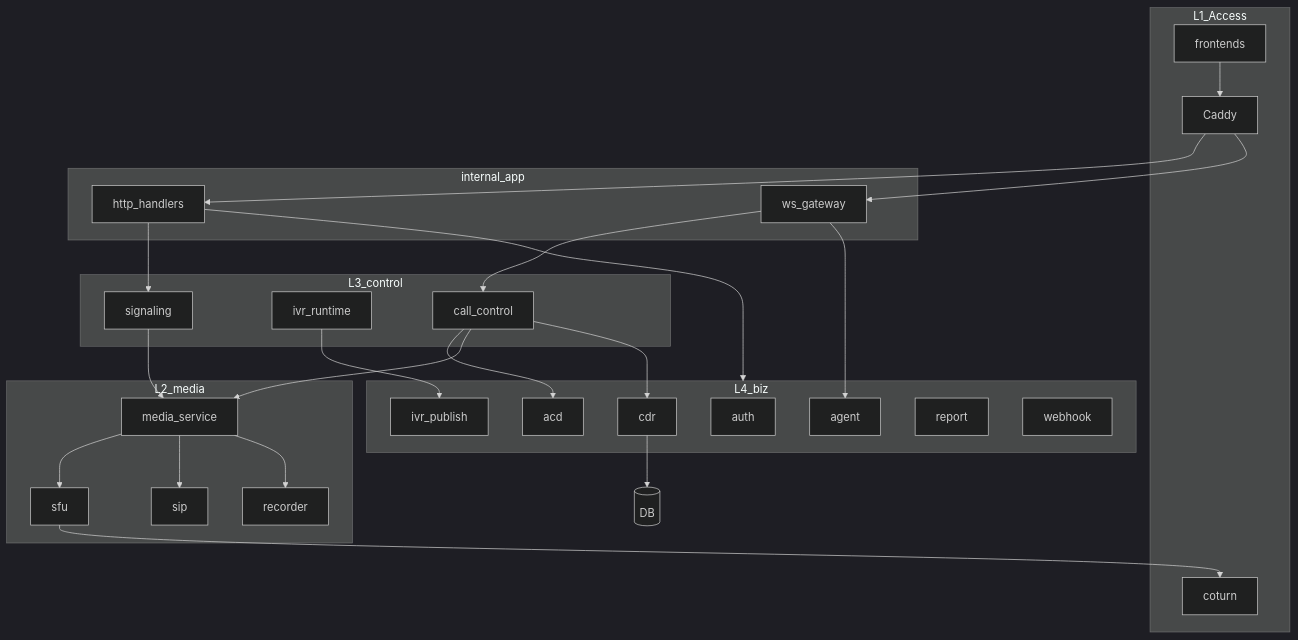
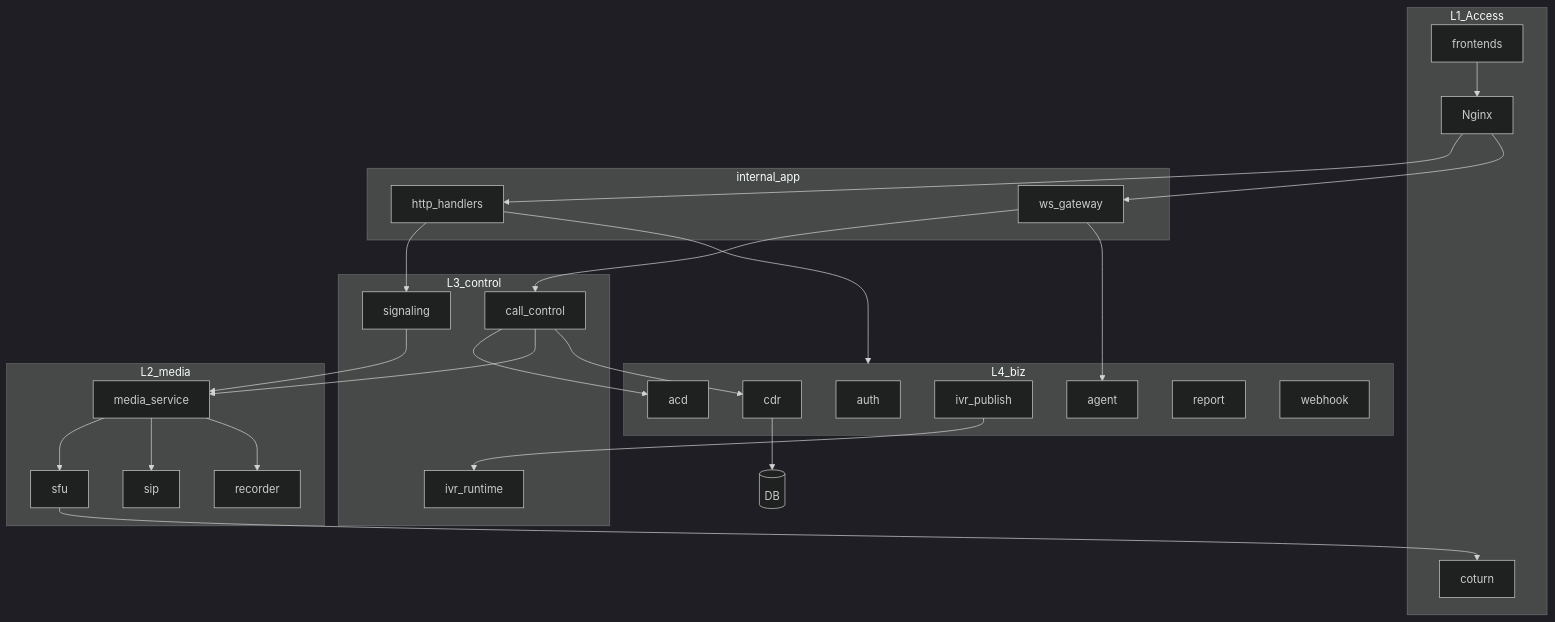
The third of 4 diagrams in docs/architecture.md (fangzixia/open-voip), drawn with Mermaid (dark theme) before and after one commit. The commit also changed other lines of this file and 134 other files, not shown here.

````diff
--- a/docs/architecture.md
+++ b/docs/architecture.md
@@ -139,55 +143,55 @@
 ```mermaid
 flowchart TB
   subgraph L1 [L1_Access]
-    Caddy[Caddy]
+    Nginx[Nginx]
     Fe[frontends]
     Turn[coturn]
   end
 
   subgraph App [internal_app]
     HTTP[http_handlers]
     WS[ws_gateway]
   end
 
   subgraph L4 [L4_biz]
     Auth[auth]
     AgentBiz[agent]
     QueueACD[acd]
     IVRPub[ivr_publish]
     CDRBiz[cdr]
     Report[report]
     Webhook[webhook]
   end
 
   subgraph L3 [L3_control]
     CallCtl[call_control]
     IVRRt[ivr_runtime]
     SigFacade[signaling]
   end
 
   subgraph L2 [L2_media]
     MediaImpl[media_service]
     SFU[sfu]
     SIP[sip]
     RecPipe[recorder]
   end
 
   DB[(DB)]
 
-  Fe --> Caddy --> HTTP
-  Caddy --> WS
+  Fe --> Nginx --> HTTP
+  Nginx --> WS
   HTTP --> L4
   HTTP --> SigFacade
   WS --> CallCtl
   WS --> AgentBiz
   CallCtl --> QueueACD
   CallCtl --> MediaImpl
   CallCtl --> CDRBiz
-  IVRRt --> IVRPub
+  IVRPub --> IVRRt
   SigFacade --> MediaImpl
   MediaImpl --> SFU
   MediaImpl --> SIP
   MediaImpl --> RecPipe
   SFU --> Turn
   CDRBiz --> DB
 ```
````
